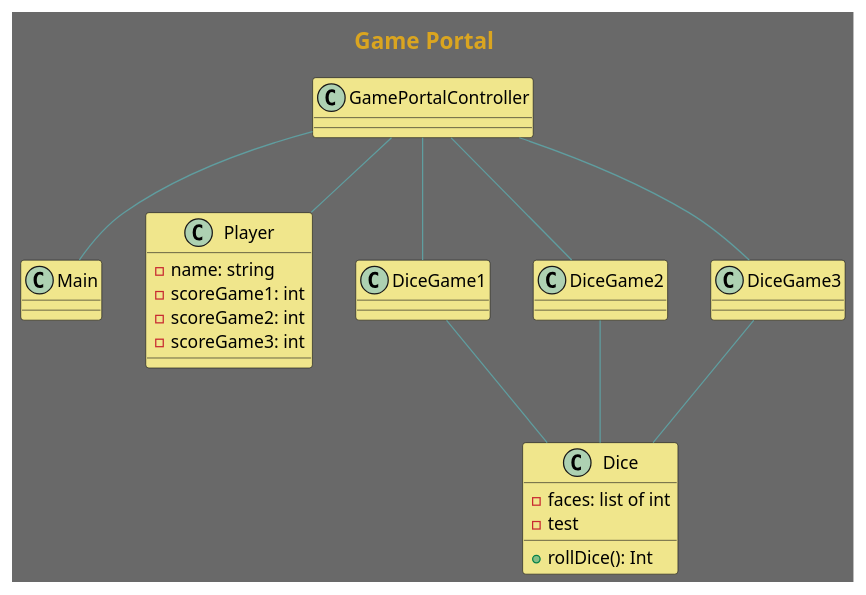
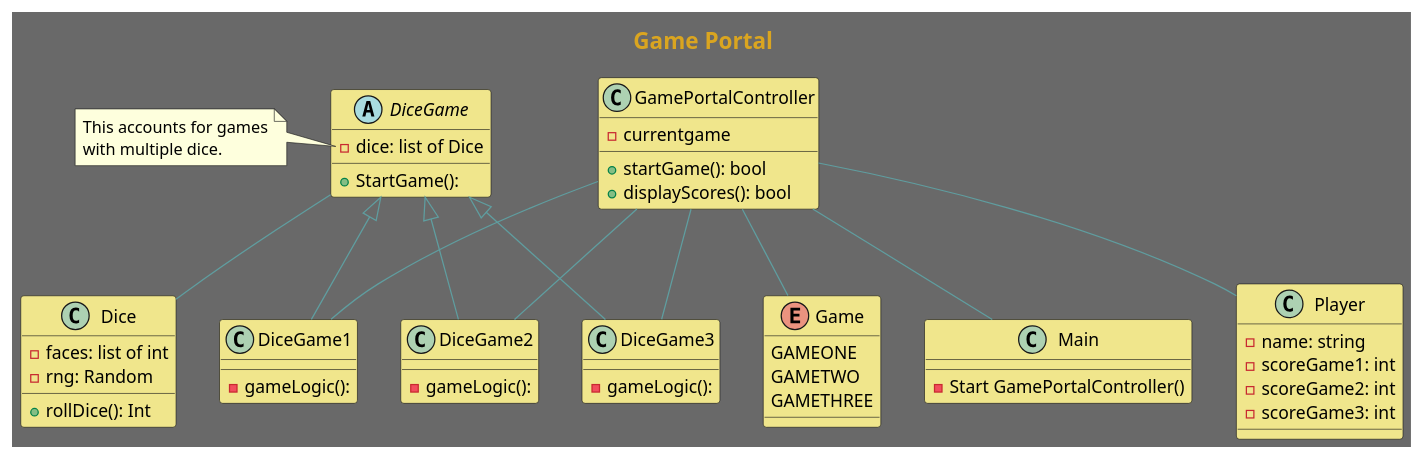
Before and after one commit to Xvandexen/GamePortal: the diagram in Writerside/codeSnippets/NewClassDiagram.puml, drawn with PlantUML. The commit also changed 2 other files, not shown here.

Commit message:
Added Dice game abstract class, and removed link from dicegame subclasses to Dice

```diff
--- a/Writerside/codeSnippets/NewClassDiagram.puml
+++ b/Writerside/codeSnippets/NewClassDiagram.puml
@@ -1,48 +1,80 @@
 @startuml
 'https://plantuml.com/class-diagram
 title "Game Portal"
 skinparam backgroundcolor DimGrey
 skinparam TitleFontColor GoldenRod
 skinparam TitleFontSize 18
+skinparam groupInheritance 4
+
+
+
 skinparam class{
 ArrowColor CadetBlue
 backgroundcolor khaki
 
 }
-class "Main" as m{
+
+enum Game{
+GAMEONE
+GAMETWO
+GAMETHREE
 
 }
+class "Main" as m{
+- Start GamePortalController()
+}
+
 class "GamePortalController" as cont{
+- currentgame
++ startGame(): bool
++ displayScores(): bool
 }
+
 class "Player" as p{
 - name: string
 - scoreGame1: int
 - scoreGame2: int
 - scoreGame3: int
+}
+
+class "Dice" as die{
+- faces: list of int
+- rng: Random
++ rollDice(): Int
+}
+abstract class "DiceGame" as g{
+- dice: list of Dice
++ StartGame():
+}
+note left of g::Dice
+This accounts for games
+with multiple dice.
+end note
+
+class "DiceGame1" as g1{
+- gameLogic():
 
 }
-class "Dice" as die{
-- faces: list of int
-- test
-+ rollDice(): Int
-}
-class "DiceGame1" as g1{
-}
 class "DiceGame2" as g2{
+- gameLogic():
+
 }
 class "DiceGame3" as g3{
+- gameLogic():
 }
 
+g <|-- g1
+g <|-- g2
+g <|-- g3
+
+cont -- Game
 cont -- p
 cont -- m
 cont -- g1
 cont -- g2
 cont -- g3
 
-g1 -- die
-g2 -- die
-g3 -- die
-
+g -- die
 
 
 @enduml
```
